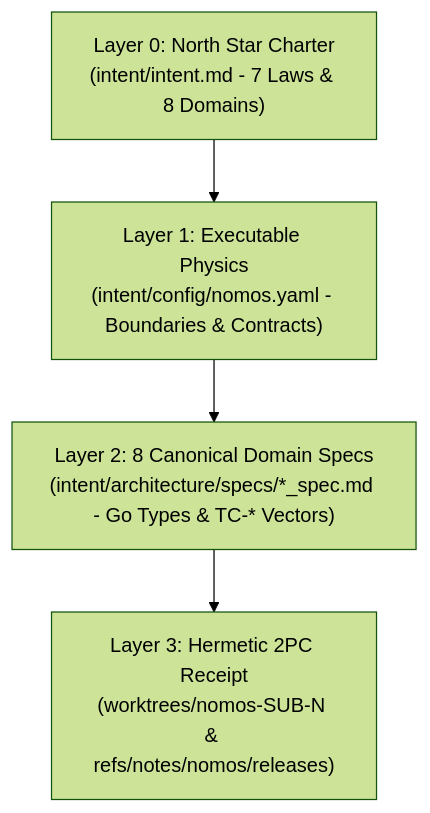
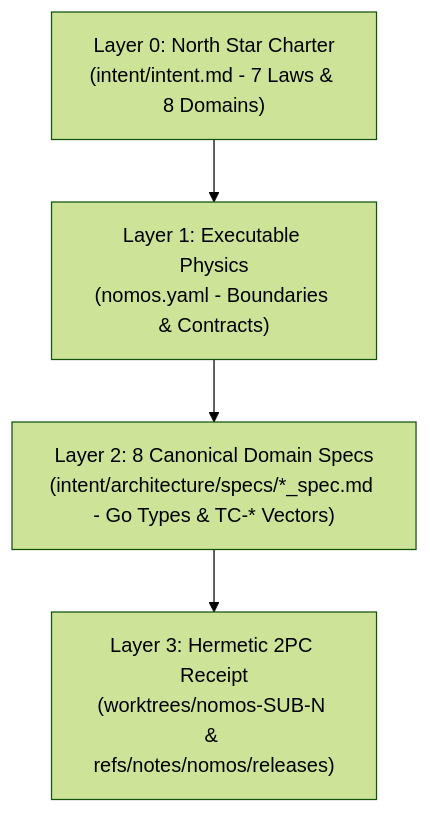
Before and after one commit to mgantlett/nomos: the diagram in intent/intent.md, drawn with Mermaid (forest theme). The commit also changed other lines of this file and 1 other file, not shown here.

First line of the commit message:
[INT-1967] feat(intent): standardize canonical Layer 1 config at root nomos.yaml

````diff
--- a/intent/intent.md
+++ b/intent/intent.md
@@ -43,11 +43,11 @@
 ```mermaid
 flowchart TD
     L0["Layer 0: North Star Charter<br/>(intent/intent.md - 7 Laws & 8 Domains)"]
-    L1["Layer 1: Executable Physics<br/>(intent/config/nomos.yaml - Boundaries & Contracts)"]
+    L1["Layer 1: Executable Physics<br/>(nomos.yaml - Boundaries & Contracts)"]
     L2["Layer 2: 8 Canonical Domain Specs<br/>(intent/architecture/specs/*_spec.md - Go Types & TC-* Vectors)"]
     L3["Layer 3: Hermetic 2PC Receipt<br/>(worktrees/nomos-SUB-N & refs/notes/nomos/releases)"]
 
     L0 --> L1
     L1 --> L2
     L2 --> L3
 ```
````
